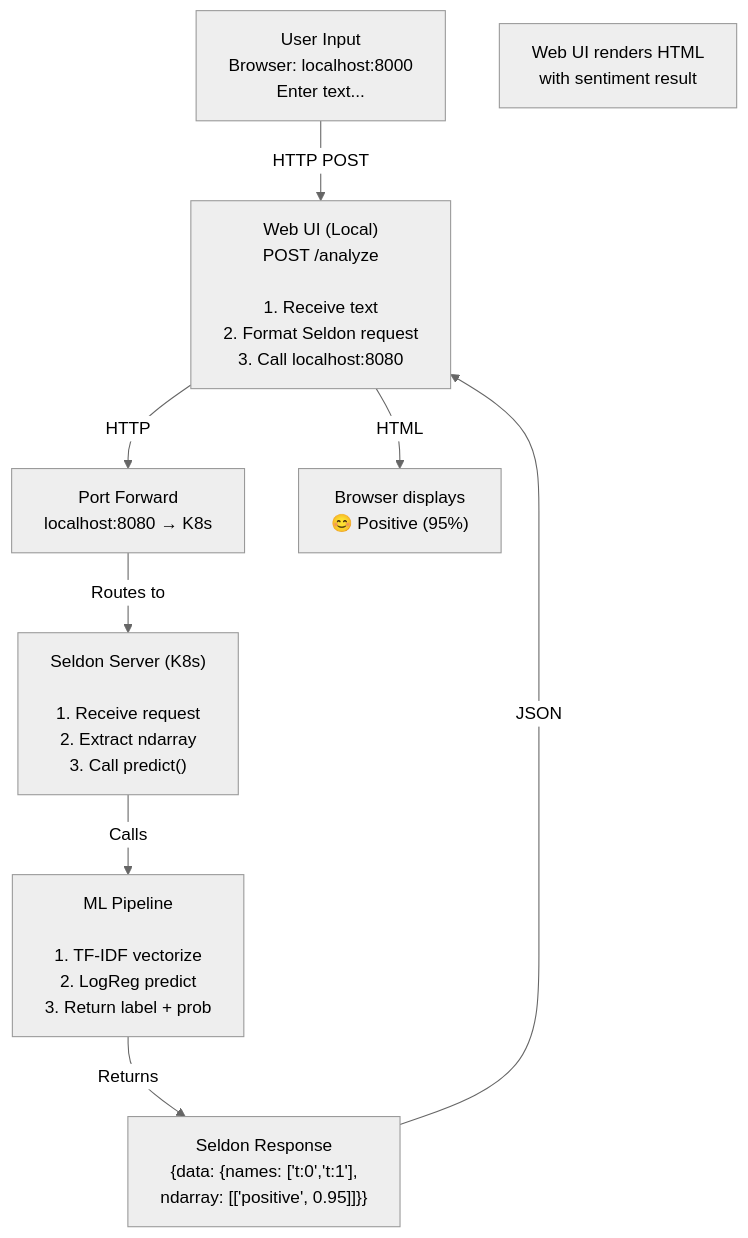
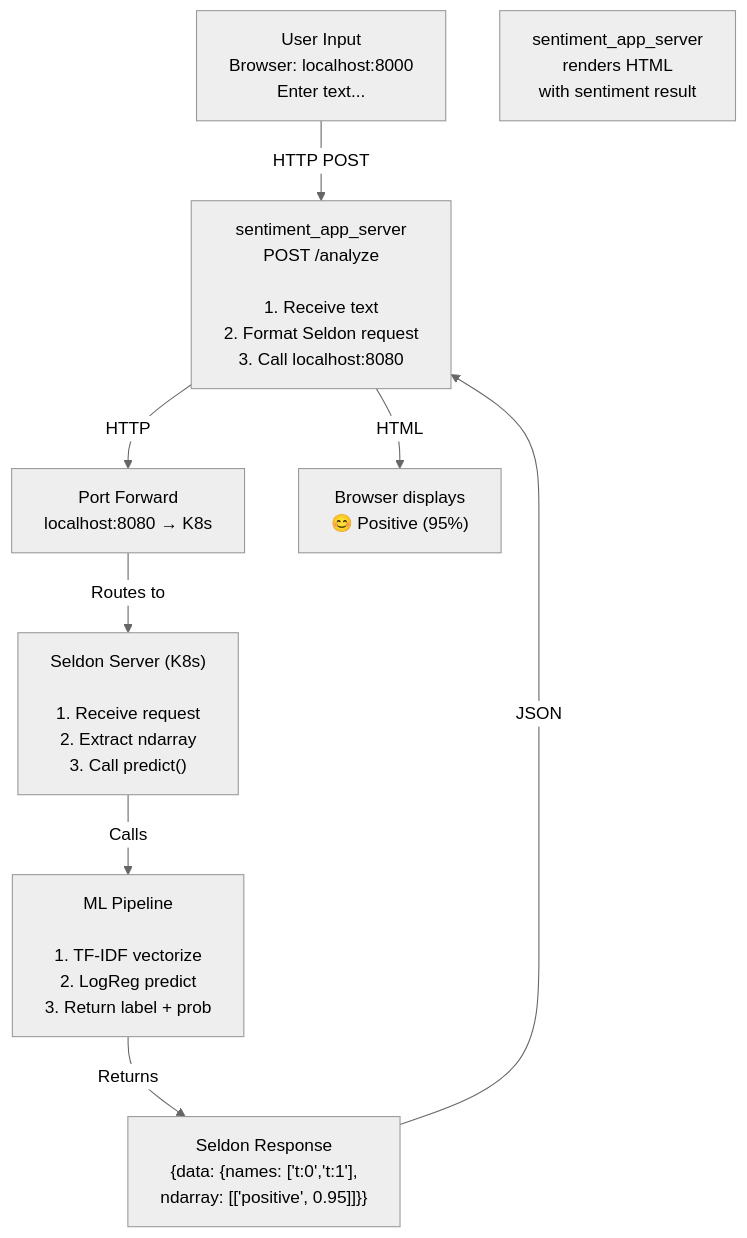
The fourth of 6 diagrams in docs/ARCHITECTURE.md (r39132/learn-seldon), drawn with Mermaid before and after one commit. The commit also changed other lines of this file and 1 other file, not shown here.

First line of the commit message:
Update naming: runtime component = sentiment_app_server, application = sentiment_app

````diff
--- a/docs/ARCHITECTURE.md
+++ b/docs/ARCHITECTURE.md
@@ -89,20 +89,20 @@
 ```mermaid
 %%{init: {'theme':'neutral'}}%%
 flowchart TD
     UserInput["User Input<br/>Browser: localhost:8000<br/>Enter text..."]
-    WebUI["Web UI (Local)<br/>POST /analyze<br/><br/>1. Receive text<br/>2. Format Seldon request<br/>3. Call localhost:8080"]
+    WebUI["sentiment_app_server<br/>POST /analyze<br/><br/>1. Receive text<br/>2. Format Seldon request<br/>3. Call localhost:8080"]
     PortFwd["Port Forward<br/>localhost:8080 → K8s"]
     SeldonServer["Seldon Server (K8s)<br/><br/>1. Receive request<br/>2. Extract ndarray<br/>3. Call predict()"]
     MLPipeline["ML Pipeline<br/><br/>1. TF-IDF vectorize<br/>2. LogReg predict<br/>3. Return label + prob"]
     Response["Seldon Response<br/>{data: {names: ['t:0','t:1'],<br/>ndarray: [['positive', 0.95]]}}"]
-    WebUIResponse["Web UI renders HTML<br/>with sentiment result"]
+    WebUIResponse["sentiment_app_server<br/>renders HTML<br/>with sentiment result"]
     UserSees["Browser displays<br/>😊 Positive (95%)"]
 
     UserInput -->|HTTP POST| WebUI
     WebUI -->|HTTP| PortFwd
     PortFwd -->|Routes to| SeldonServer
     SeldonServer -->|Calls| MLPipeline
     MLPipeline -->|Returns| Response
     Response -->|JSON| WebUI
     WebUI -->|HTML| UserSees
 ```
````
